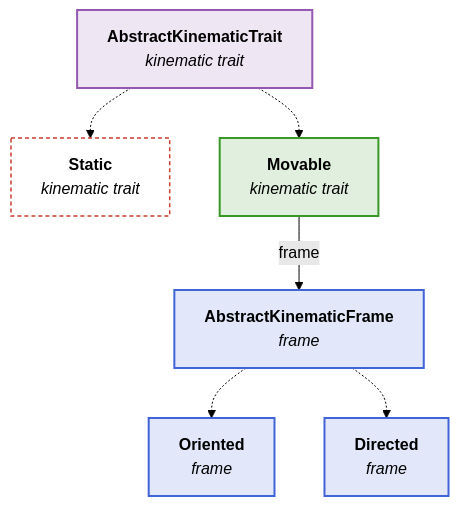
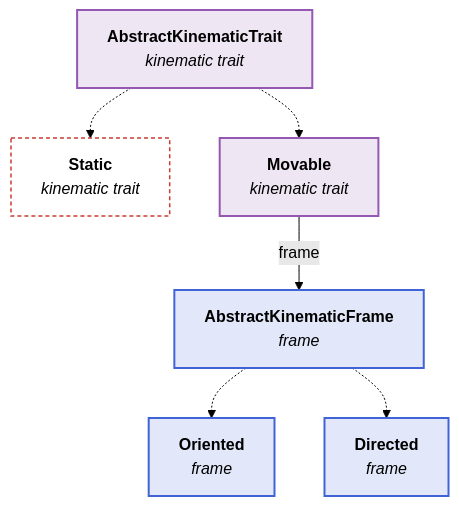
One commit to JuliaPhysics/BeamletOptics.jl changed the first of 2 diagrams in docs/src/api/kinematics_api.md. Above: the diagram before and after it, drawn with Mermaid (forest theme). The commit also changed other lines of this file and 63 other files, not shown here.

First line of the commit message:
Docs: align docs and docstrings with the code, drop color legends of the diagrams

````diff
--- a/docs/src/api/kinematics_api.md
+++ b/docs/src/api/kinematics_api.md
@@ -9,24 +9,23 @@
 ```mermaid
 flowchart TB
     TR["<b>AbstractKinematicTrait</b><br/><i>kinematic trait</i>"]
     ST["<b>Static</b><br/><i>kinematic trait</i>"]
     MV["<b>Movable</b><br/><i>kinematic trait</i>"]
     FR["<b>AbstractKinematicFrame</b><br/><i>frame</i>"]
     OR["<b>Oriented</b><br/><i>frame</i>"]
     DI["<b>Directed</b><br/><i>frame</i>"]
 
     TR -.-> ST
     TR -.-> MV
     MV -- frame --> FR
     FR -.-> OR
     FR -.-> DI
 
     classDef blue fill:#4063D826,stroke:#4063D8,stroke-width:2px
     classDef green fill:#38982626,stroke:#389826,stroke-width:2px
     classDef purple fill:#9558B226,stroke:#9558B2,stroke-width:2px
     classDef terminal fill:transparent,stroke:#CB3C33,stroke-width:1.5px,stroke-dasharray:4 3
-    class TR purple
-    class MV green
+    class TR,MV purple
     class FR,OR,DI blue
     class ST terminal
 ```
````
